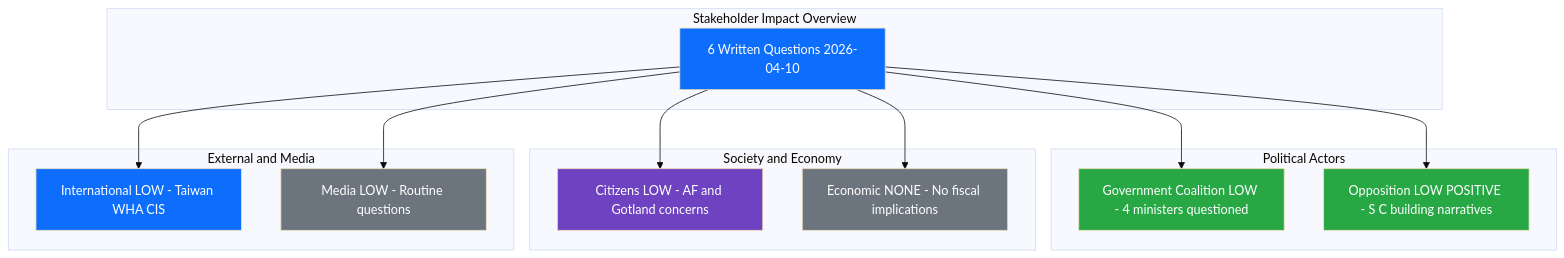
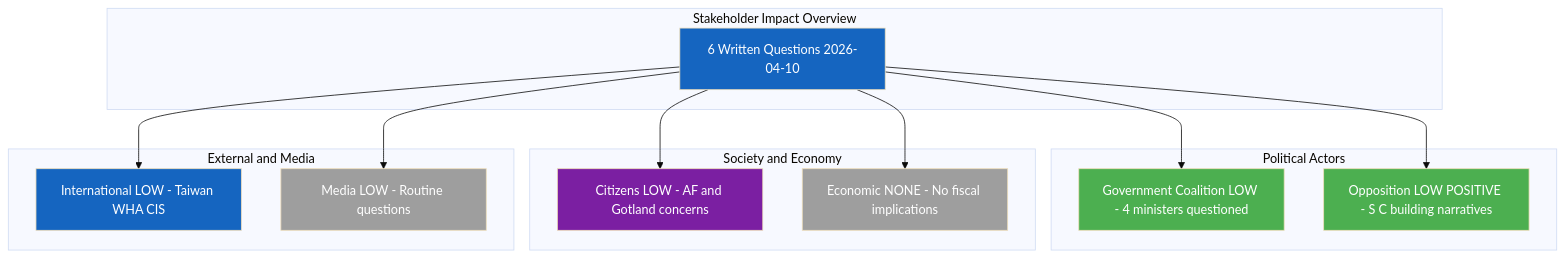
Before and after one commit to Hack23/riksdagsmonitor: the diagram in analysis/daily/2026-04-10/realtime-1026/stakeholder-perspectives.md, drawn with Mermaid (base theme). The commit also changed 785 other files, not shown here.

First line of the commit message:
Normalize mermaid colors across 786 analysis artifacts to ISMS Style Guide palette

````diff
--- a/analysis/daily/2026-04-10/realtime-1026/stakeholder-perspectives.md
+++ b/analysis/daily/2026-04-10/realtime-1026/stakeholder-perspectives.md
@@ -16,36 +16,36 @@
 ```mermaid
 graph TD
     subgraph Stakeholder Impact Overview
         DOC[6 Written Questions 2026-04-10]
     end
 
     subgraph Political Actors
         GOV[Government Coalition LOW - 4 ministers questioned]
         OPP[Opposition LOW POSITIVE - S C building narratives]
     end
 
     subgraph Society and Economy
         CIT[Citizens LOW - AF and Gotland concerns]
         ECO[Economic NONE - No fiscal implications]
     end
 
     subgraph External and Media
         INT[International LOW - Taiwan WHA CIS]
         MED[Media LOW - Routine questions]
     end
 
     DOC --> GOV
     DOC --> OPP
     DOC --> CIT
     DOC --> ECO
     DOC --> INT
     DOC --> MED
 
-    style DOC fill:#0d6efd,color:#fff
-    style GOV fill:#28a745,color:#fff
-    style OPP fill:#28a745,color:#fff
-    style CIT fill:#6f42c1,color:#fff
-    style ECO fill:#6c757d,color:#fff
-    style INT fill:#0d6efd,color:#fff
-    style MED fill:#6c757d,color:#fff
+    style DOC fill:#1565C0,color:#FFFFFF
+    style GOV fill:#4CAF50,color:#FFFFFF
+    style OPP fill:#4CAF50,color:#FFFFFF
+    style CIT fill:#7B1FA2,color:#FFFFFF
+    style ECO fill:#9E9E9E,color:#FFFFFF
+    style INT fill:#1565C0,color:#FFFFFF
+    style MED fill:#9E9E9E,color:#FFFFFF
 ```
````
